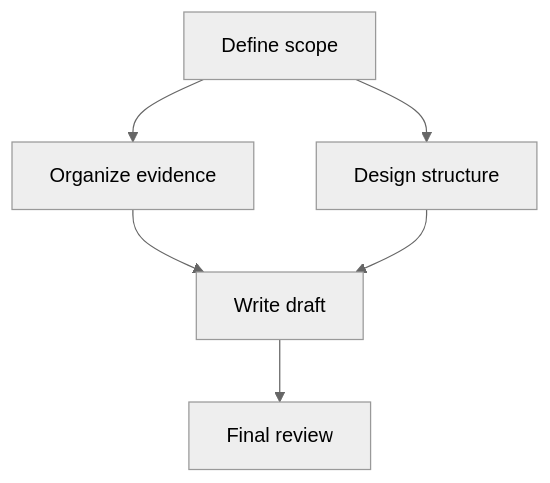
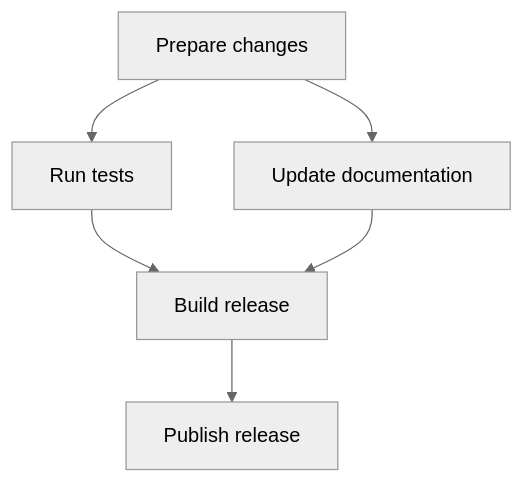
Before and after one commit to ririnto/clear-writing: the diagram in skills/write-clearly/references/formatting-examples.md, drawn with Mermaid (neutral theme). The commit also changed other lines of this file and 6 other files, not shown here.

````diff
--- a/skills/write-clearly/references/formatting-examples.md
+++ b/skills/write-clearly/references/formatting-examples.md
@@ -56,10 +53,10 @@
 ```mermaid
 flowchart TD
-    accTitle: Dependencies in writing a response
-    accDescr: Request scope precedes evidence and structure. Drafting needs both results. Final review needs the draft.
-    A["Define scope"] --> B["Organize evidence"]
-    A --> C["Design structure"]
-    B --> D["Write draft"]
+    accTitle: Dependencies in publishing a release
+    accDescr: A release build needs passing tests and updated documentation. Publishing needs the release build.
+    A["Prepare changes"] --> B["Run tests"]
+    A --> C["Update documentation"]
+    B --> D["Build release"]
     C --> D
-    D --> E["Final review"]
+    D --> E["Publish release"]
 ```
````
